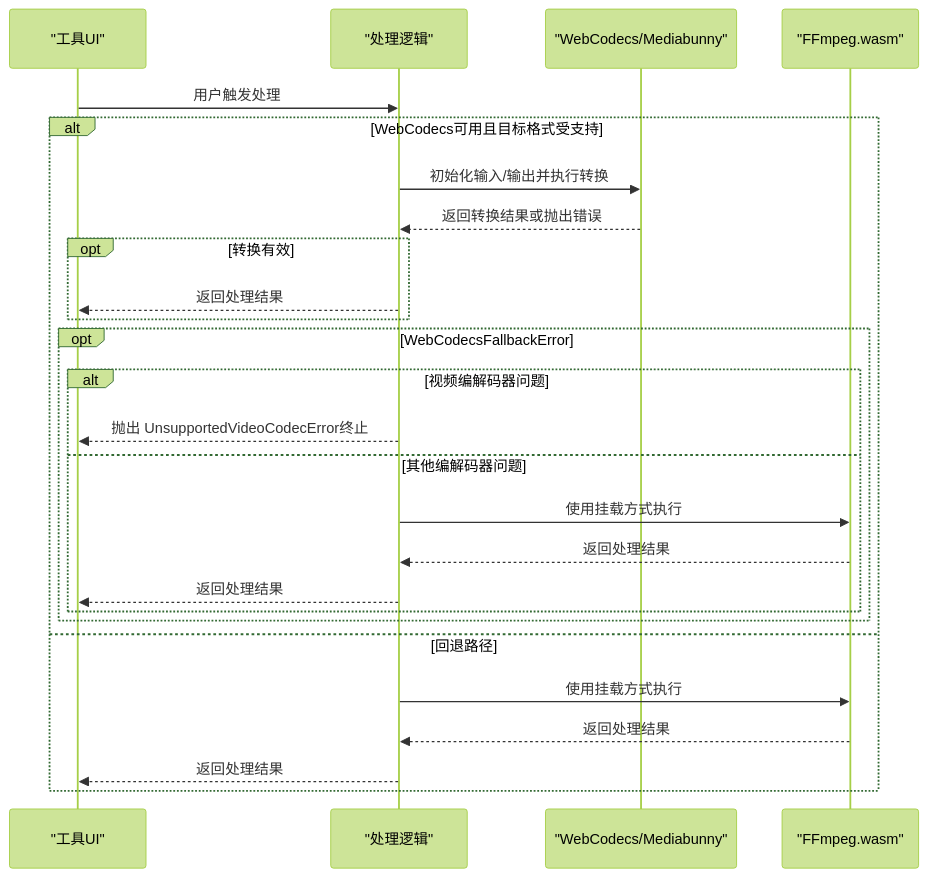
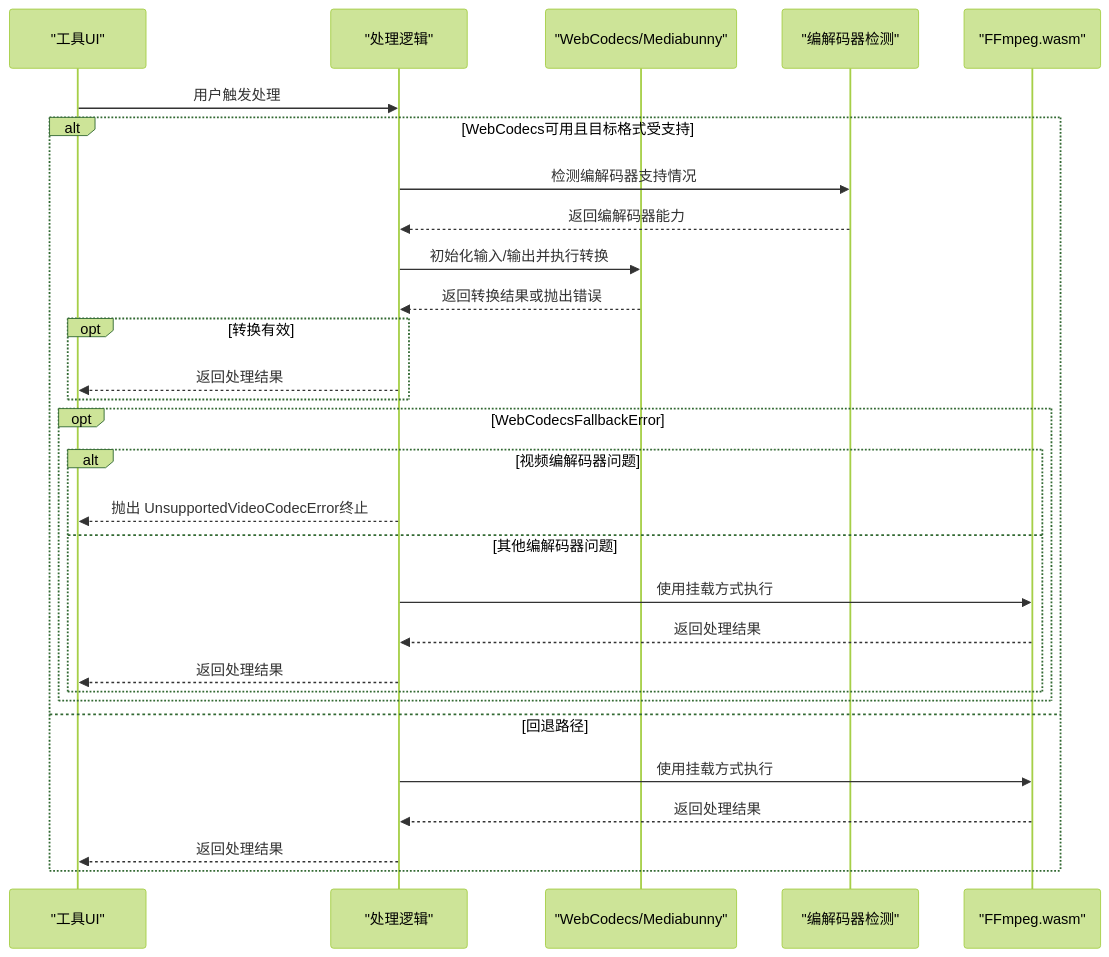
The second of 11 diagrams in .qoder/repowiki/zh/content/核心模块/媒体处理管道.md (sgyy/privadeck), drawn with Mermaid (forest theme) before and after one commit. The commit also changed other lines of this file and 10 other files, not shown here.

````diff
--- a/.qoder/repowiki/zh/content/核心模块/媒体处理管道.md
+++ b/.qoder/repowiki/zh/content/核心模块/媒体处理管道.md
@@ -109,28 +124,31 @@
 ```mermaid
 sequenceDiagram
 participant UI as "工具UI"
 participant LOGIC as "处理逻辑"
 participant WC as "WebCodecs/Mediabunny"
+participant DETECT as "编解码器检测"
 participant FFMPEG as "FFmpeg.wasm"
 UI->>LOGIC : 用户触发处理
 alt WebCodecs可用且目标格式受支持
+LOGIC->>DETECT : 检测编解码器支持情况
+DETECT-->>LOGIC : 返回编解码器能力
 LOGIC->>WC : 初始化输入/输出并执行转换
 WC-->>LOGIC : 返回转换结果或抛出错误
 opt 转换有效
 LOGIC-->>UI : 返回处理结果
 end
 opt WebCodecsFallbackError
 alt 视频编解码器问题
 LOGIC-->>UI : 抛出 UnsupportedVideoCodecError终止
 else 其他编解码器问题
 LOGIC->>FFMPEG : 使用挂载方式执行
 FFMPEG-->>LOGIC : 返回处理结果
 LOGIC-->>UI : 返回处理结果
 end
 end
 else 回退路径
 LOGIC->>FFMPEG : 使用挂载方式执行
 FFMPEG-->>LOGIC : 返回处理结果
 LOGIC-->>UI : 返回处理结果
 end
 ```
````
